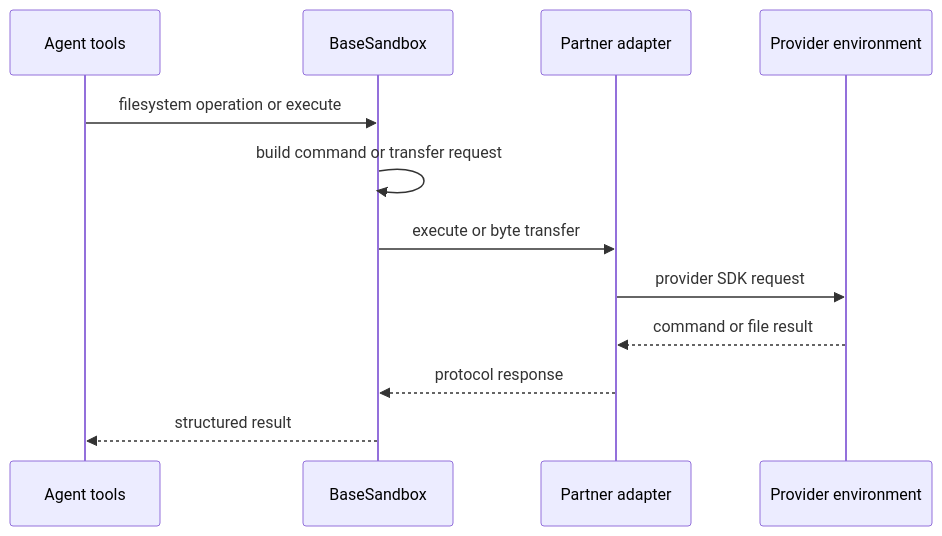
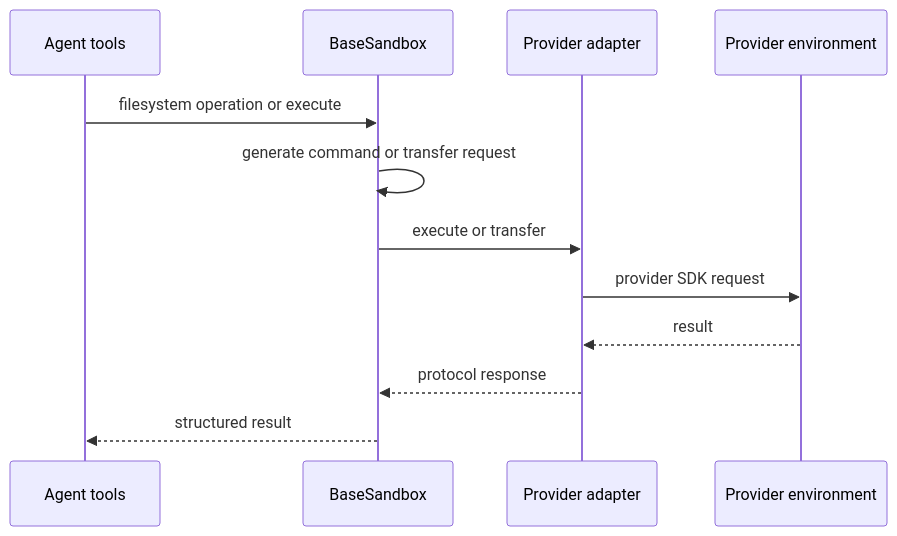
The first of 3 diagrams in openwiki/integrations/sandbox-partners.md (langchain-ai/deepagents), drawn with Mermaid before and after one commit. The commit also changed other lines of this file and 41 other files, not shown here.

````diff
--- a/openwiki/integrations/sandbox-partners.md
+++ b/openwiki/integrations/sandbox-partners.md
@@ -71,15 +50,15 @@
 ```mermaid
 sequenceDiagram
     participant Agent as Agent tools
     participant Base as BaseSandbox
-    participant Adapter as Partner adapter
+    participant Adapter as Provider adapter
     participant Env as Provider environment
 
     Agent->>Base: filesystem operation or execute
-    Base->>Base: build command or transfer request
-    Base->>Adapter: execute or byte transfer
+    Base->>Base: generate command or transfer request
+    Base->>Adapter: execute or transfer
     Adapter->>Env: provider SDK request
-    Env-->>Adapter: command or file result
+    Env-->>Adapter: result
     Adapter-->>Base: protocol response
     Base-->>Agent: structured result
 ```
````
